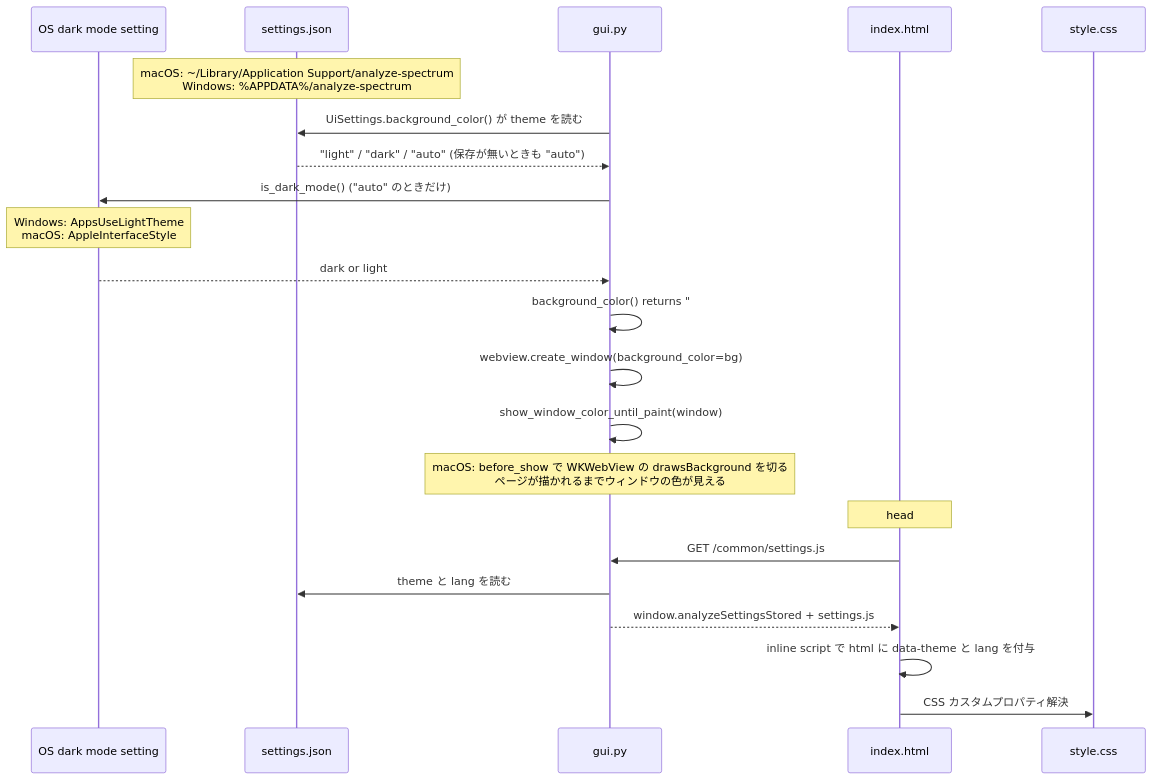
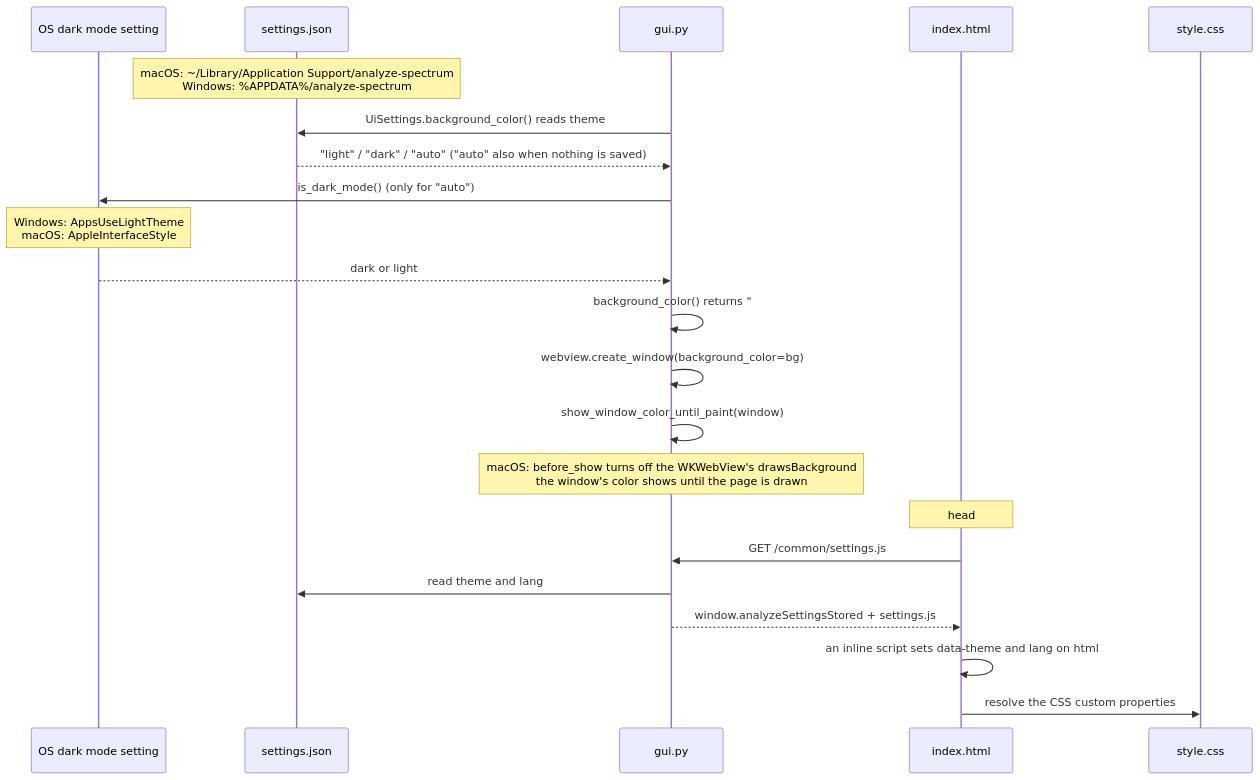
Diagram 17 of 17 in docs/architecture.md (semnil/analyze-spectrum), drawn with Mermaid before and after one commit. The commit also changed other lines of this file and 3 other files, not shown here.

First line of the commit message:
docs: make the README and the architecture document English with a Japanese counterpart

````diff
--- a/docs/architecture.md
+++ b/docs/architecture.md
@@ -632,26 +634,26 @@
 ```mermaid
 sequenceDiagram
     participant OS as OS dark mode setting
     participant SF as settings.json
     participant PY as gui.py
     participant HTML as index.html
     participant CSS as style.css
 
     Note over SF: macOS: ~/Library/Application Support/analyze-spectrum<br>Windows: %APPDATA%/analyze-spectrum
-    PY->>SF: UiSettings.background_color() が theme を読む
-    SF-->>PY: "light" / "dark" / "auto" (保存が無いときも "auto")
-    PY->>OS: is_dark_mode() ("auto" のときだけ)
+    PY->>SF: UiSettings.background_color() reads theme
+    SF-->>PY: "light" / "dark" / "auto" ("auto" also when nothing is saved)
+    PY->>OS: is_dark_mode() (only for "auto")
     Note over OS: Windows: AppsUseLightTheme<br>macOS: AppleInterfaceStyle
     OS-->>PY: dark or light
     PY->>PY: background_color() returns "#1a1a2e" or "#fafafa"
     PY->>PY: webview.create_window(background_color=bg)
     PY->>PY: show_window_color_until_paint(window)
-    Note over PY: macOS: before_show で WKWebView の drawsBackground を切る<br>ページが描かれるまでウィンドウの色が見える
+    Note over PY: macOS: before_show turns off the WKWebView's drawsBackground<br>the window's color shows until the page is drawn
 
     Note over HTML: head
     HTML->>PY: GET /common/settings.js
-    PY->>SF: theme と lang を読む
+    PY->>SF: read theme and lang
     PY-->>HTML: window.analyzeSettingsStored + settings.js
-    HTML->>HTML: inline script で html に data-theme と lang を付与
-    HTML->>CSS: CSS カスタムプロパティ解決
+    HTML->>HTML: an inline script sets data-theme and lang on html
+    HTML->>CSS: resolve the CSS custom properties
 ```
````
